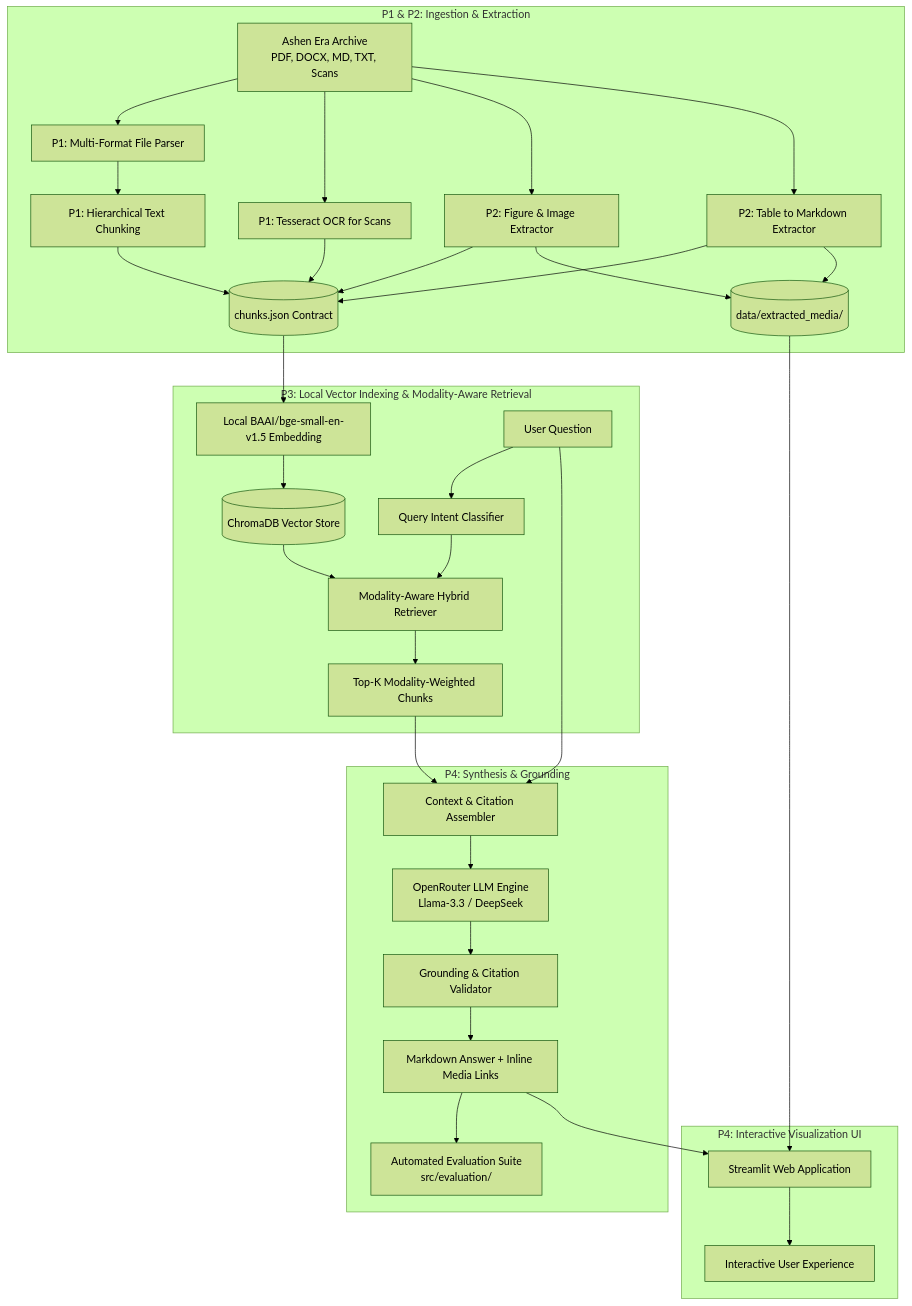
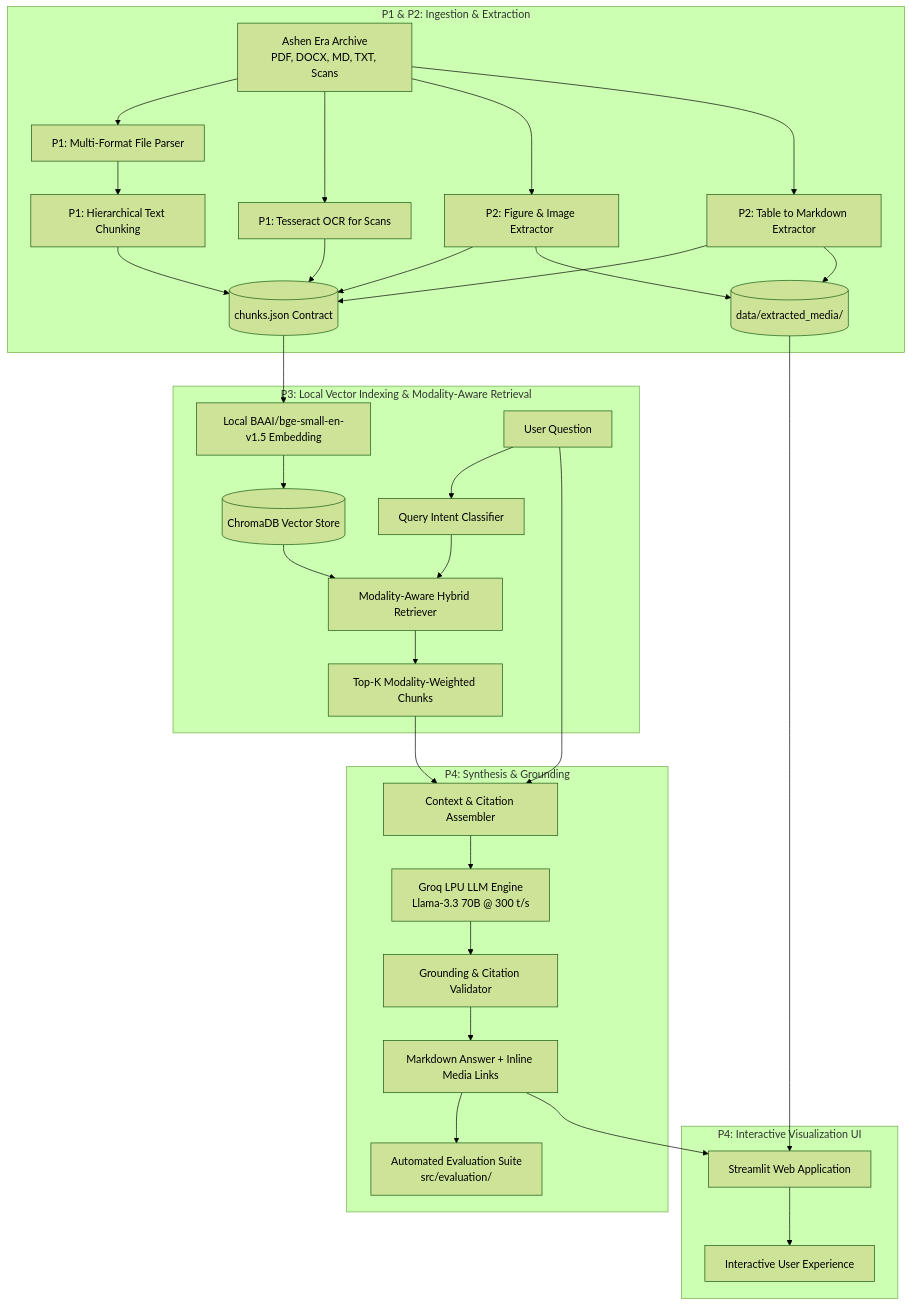
The diagram in docs/architecture.md (IT25101463/DeepThink), drawn with Mermaid (forest theme) before and after one commit. The commit also changed 14 other files, not shown here.

First line of the commit message:
feat(pipeline): standardize on Groq 120B LPU inference and add pre-retrieval scope guardrail

````diff
--- a/docs/architecture.md
+++ b/docs/architecture.md
@@ -14,40 +14,40 @@
 ```mermaid
 flowchart TD
     subgraph Ingestion Layer [P1 & P2: Ingestion & Extraction]
         Corpus[Ashen Era Archive<br/>PDF, DOCX, MD, TXT, Scans] --> Parser[P1: Multi-Format File Parser]
         Corpus --> OCR[P1: Tesseract OCR for Scans]
         Corpus --> ExtImg[P2: Figure & Image Extractor]
         Corpus --> ExtTab[P2: Table to Markdown Extractor]
         Parser --> TextChunk[P1: Hierarchical Text Chunking]
         ExtImg --> ChunksContract[(chunks.json Contract)]
         ExtTab --> ChunksContract
         TextChunk --> ChunksContract
         OCR --> ChunksContract
         ExtImg --> MediaStore[(data/extracted_media/)]
         ExtTab --> MediaStore
     end
 
     subgraph Retrieval Layer [P3: Local Vector Indexing & Modality-Aware Retrieval]
         ChunksContract --> LocalEmbed[Local BAAI/bge-small-en-v1.5 Embedding]
         LocalEmbed --> ChromaIndex[(ChromaDB Vector Store)]
         UserQuery[User Question] --> IntentClassifier[Query Intent Classifier]
         IntentClassifier --> HybridSearch[Modality-Aware Hybrid Retriever]
         ChromaIndex --> HybridSearch
         HybridSearch --> RankedChunks[Top-K Modality-Weighted Chunks]
     end
 
     subgraph Generation & Evaluation Layer [P4: Synthesis & Grounding]
         RankedChunks --> PromptBuilder[Context & Citation Assembler]
         UserQuery --> PromptBuilder
-        PromptBuilder --> OpenRouterLLM[OpenRouter LLM Engine<br/>Llama-3.3 / DeepSeek]
-        OpenRouterLLM --> HallucinationGuard[Grounding & Citation Validator]
+        PromptBuilder --> GroqLLM[Groq LPU LLM Engine<br/>Llama-3.3 70B @ 300 t/s]
+        GroqLLM --> HallucinationGuard[Grounding & Citation Validator]
         HallucinationGuard --> FormattedOutput[Markdown Answer + Inline Media Links]
         FormattedOutput --> Evaluator[Automated Evaluation Suite<br/>src/evaluation/]
     end
 
     subgraph Interface Layer [P4: Interactive Visualization UI]
         FormattedOutput --> StreamlitApp[Streamlit Web Application]
         MediaStore --> StreamlitApp
         StreamlitApp --> EndUser[Interactive User Experience]
     end
 ```
````
